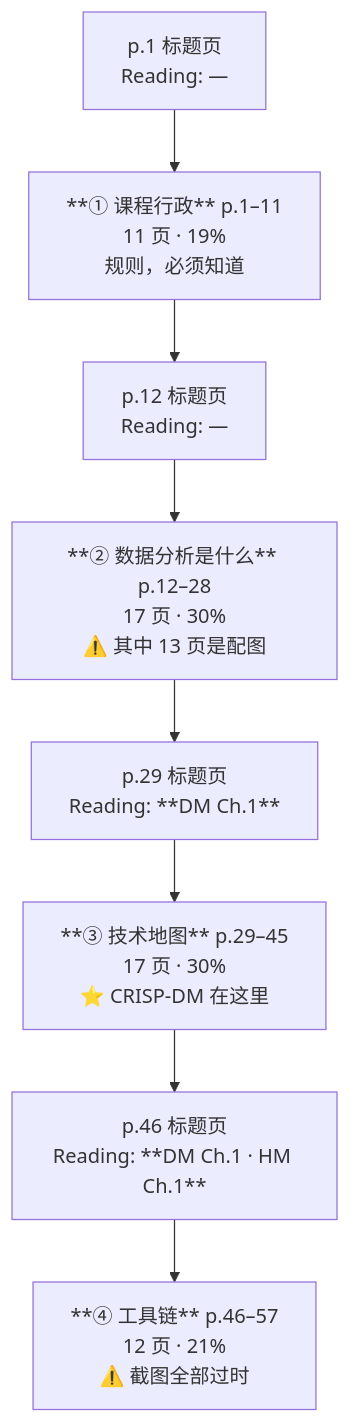
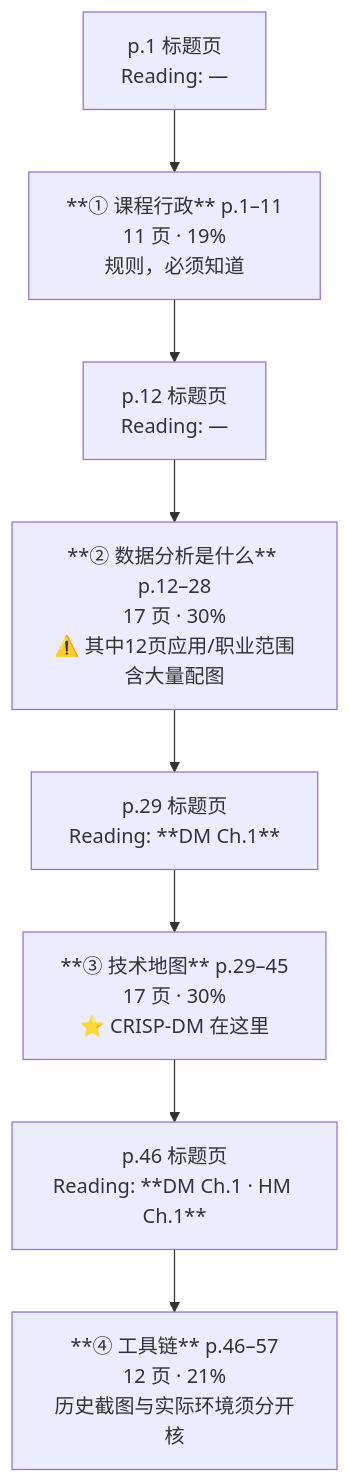
Diagram 17 of 18 in IS6400_Business_Data_Analytics/notes/M01-导论-商业数据分析全景与工具链.md (CercaTrovato/cityu-ai-course-notes), drawn with Mermaid before and after one commit. The commit also changed other lines of this file and 116 other files, not shown here.

````diff
--- a/IS6400_Business_Data_Analytics/notes/M01-导论-商业数据分析全景与工具链.md
+++ b/IS6400_Business_Data_Analytics/notes/M01-导论-商业数据分析全景与工具链.md
@@ -807,10 +1519,10 @@
 ```mermaid
 flowchart TD
     T1["p.1 标题页<br/>Reading: —"] --> S1["**① 课程行政** p.1–11<br/>11 页 · 19%<br/>规则，必须知道"]
     S1 --> T2["p.12 标题页<br/>Reading: —"]
-    T2 --> S2["**② 数据分析是什么** p.12–28<br/>17 页 · 30%<br/>⚠️ 其中 13 页是配图"]
+    T2 --> S2["**② 数据分析是什么** p.12–28<br/>17 页 · 30%<br/>⚠️ 其中12页应用/职业范围含大量配图"]
     S2 --> T3["p.29 标题页<br/>Reading: **DM Ch.1**"]
     T3 --> S3["**③ 技术地图** p.29–45<br/>17 页 · 30%<br/>⭐ CRISP-DM 在这里"]
     S3 --> T4["p.46 标题页<br/>Reading: **DM Ch.1 · HM Ch.1**"]
-    T4 --> S4["**④ 工具链** p.46–57<br/>12 页 · 21%<br/>⚠️ 截图全部过时"]
+    T4 --> S4["**④ 工具链** p.46–57<br/>12 页 · 21%<br/>历史截图与实际环境须分开核"]
 ```
````
